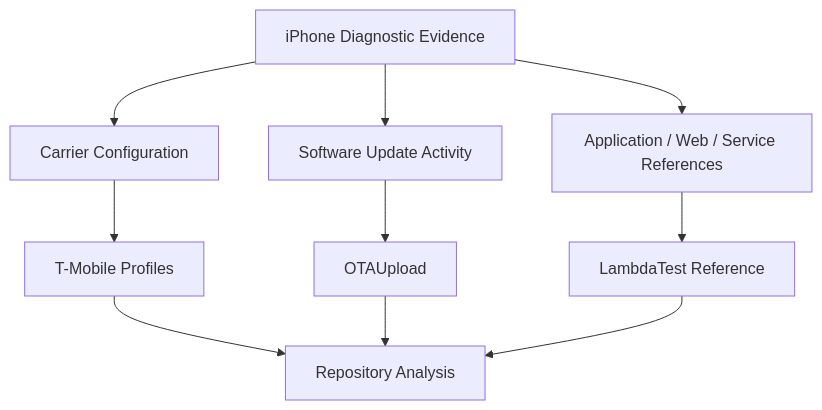
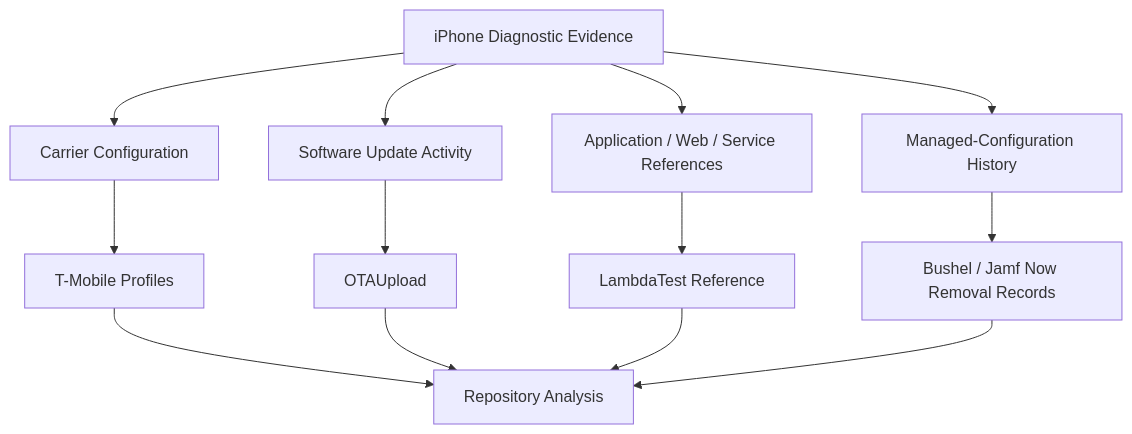
The fifth of 5 diagrams in README.md (hideouts-io/iOS-System-Research), drawn with Mermaid before and after one commit. The commit also changed other lines of this file and 1 other file, not shown here.

````diff
--- a/README.md
+++ b/README.md
@@ -185,16 +375,19 @@
 ```mermaid
 flowchart TD
     A[iPhone Diagnostic Evidence]
 
     A --> B[Carrier Configuration]
     A --> C[Software Update Activity]
     A --> D[Application / Web / Service References]
+    A --> I[Managed-Configuration History]
 
     B --> E[T-Mobile Profiles]
     C --> F[OTAUpload]
     D --> G[LambdaTest Reference]
+    I --> J[Bushel / Jamf Now Removal Records]
 
     E --> H[Repository Analysis]
     F --> H
     G --> H
+    J --> H
 ```
````
